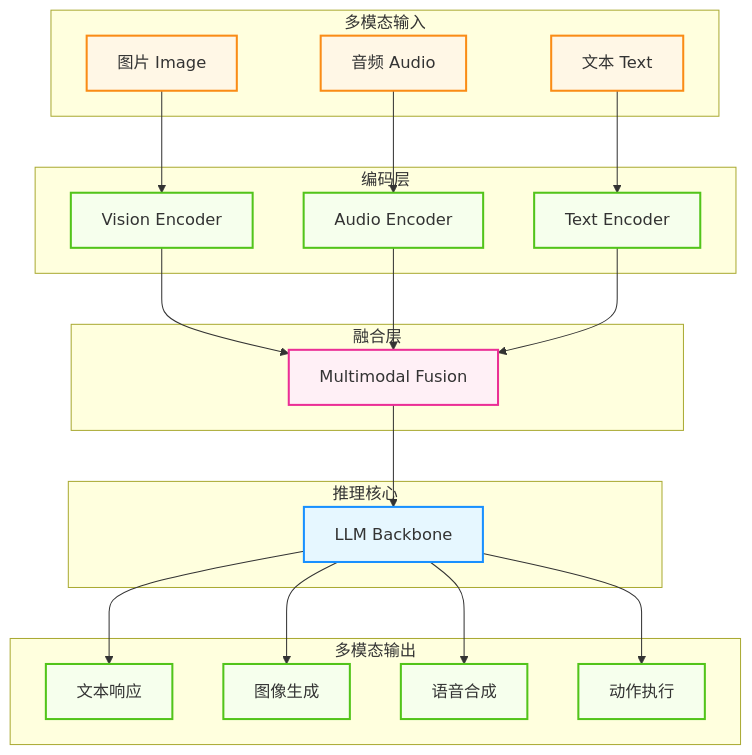
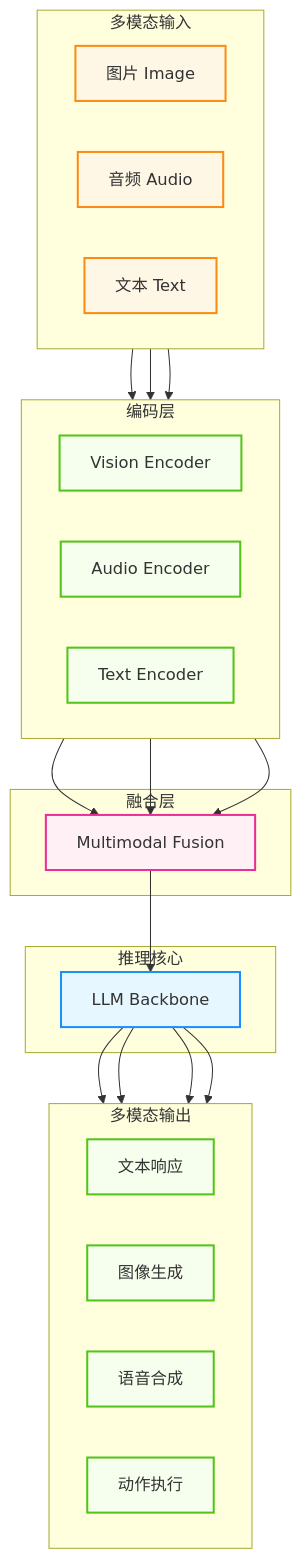
One commit to yeasy/agentic_ai_guide changed the fifth of 5 diagrams in 04_tools/4.6_multimodal.md. Above: the diagram before and after it, drawn with Mermaid. The commit also changed other lines of this file and 41 other files, not shown here.

````diff
--- a/04_tools/4.6_multimodal.md
+++ b/04_tools/4.6_multimodal.md
@@ -323,53 +322,56 @@
 ```mermaid
 graph TD
     %% Agentic Design System
     classDef agent fill:#e6f7ff,stroke:#1890ff,stroke-width:2px;
     classDef tool fill:#f6ffed,stroke:#52c41a,stroke-width:2px;
     classDef user fill:#fff7e6,stroke:#fa8c16,stroke-width:2px;
     classDef memory fill:#fff0f6,stroke:#eb2f96,stroke-width:2px;
 
     subgraph Input["多模态输入"]
+        direction LR
         I1[图片 Image]
         I2[音频 Audio]
         I3[文本 Text]
     end
     
     subgraph Encode["编码层"]
+        direction LR
         E1[Vision Encoder]
         E2[Audio Encoder]
         E3[Text Encoder]
     end
     
     subgraph Fusion["融合层"]
         F[Multimodal Fusion]
     end
     
     subgraph Core["推理核心"]
         C[LLM Backbone]
     end
     
     subgraph Output["多模态输出"]
+        direction LR
         O1[文本响应]
         O2[图像生成]
         O3[语音合成]
         O4[动作执行]
     end
     
     I1 --> E1
     I2 --> E2
     I3 --> E3
     
     E1 & E2 & E3 --> F
     F --> C
     
     C --> O1
     C --> O2
     C --> O3
     C --> O4
     
     class I1,I2,I3 user;
     class E1,E2,E3 tool;
     class F memory;
     class C agent;
     class O1,O2,O3,O4 tool;
 ```
````
